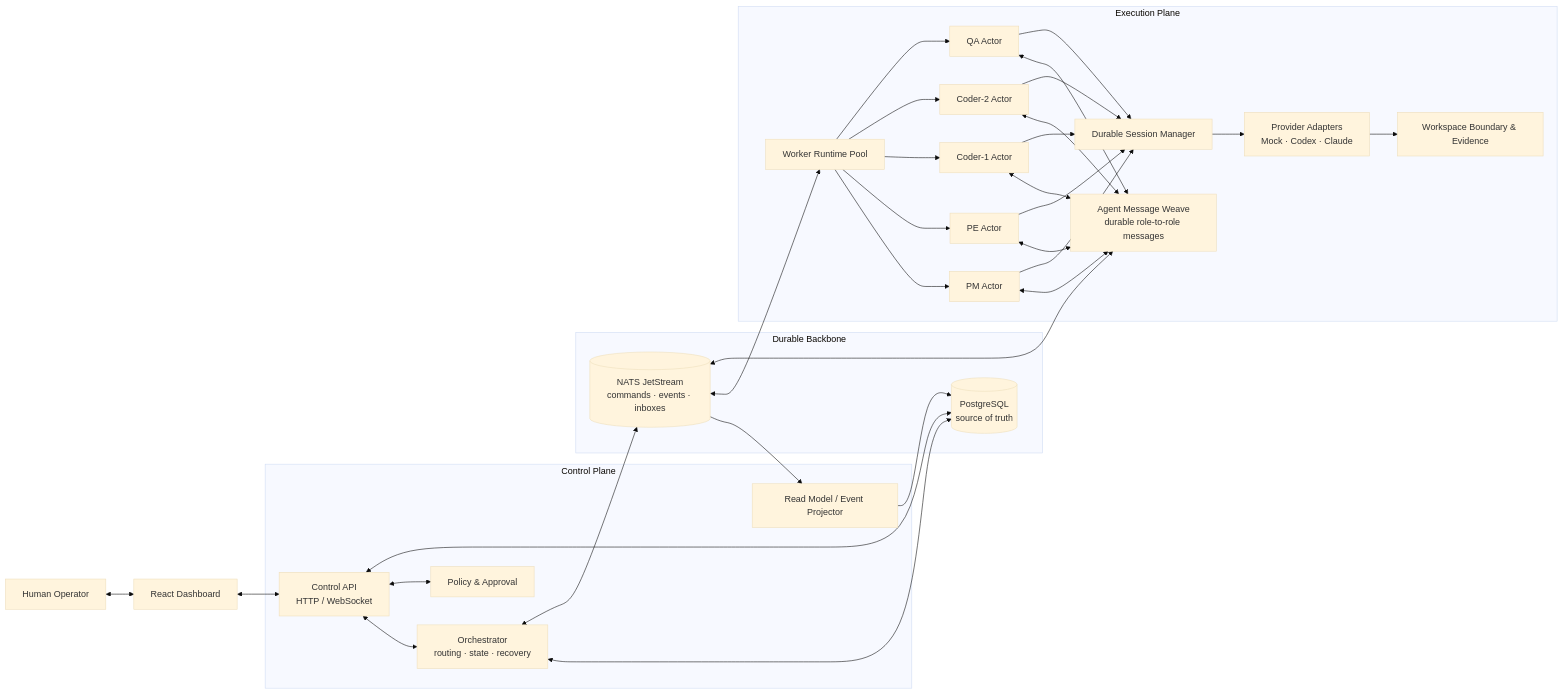
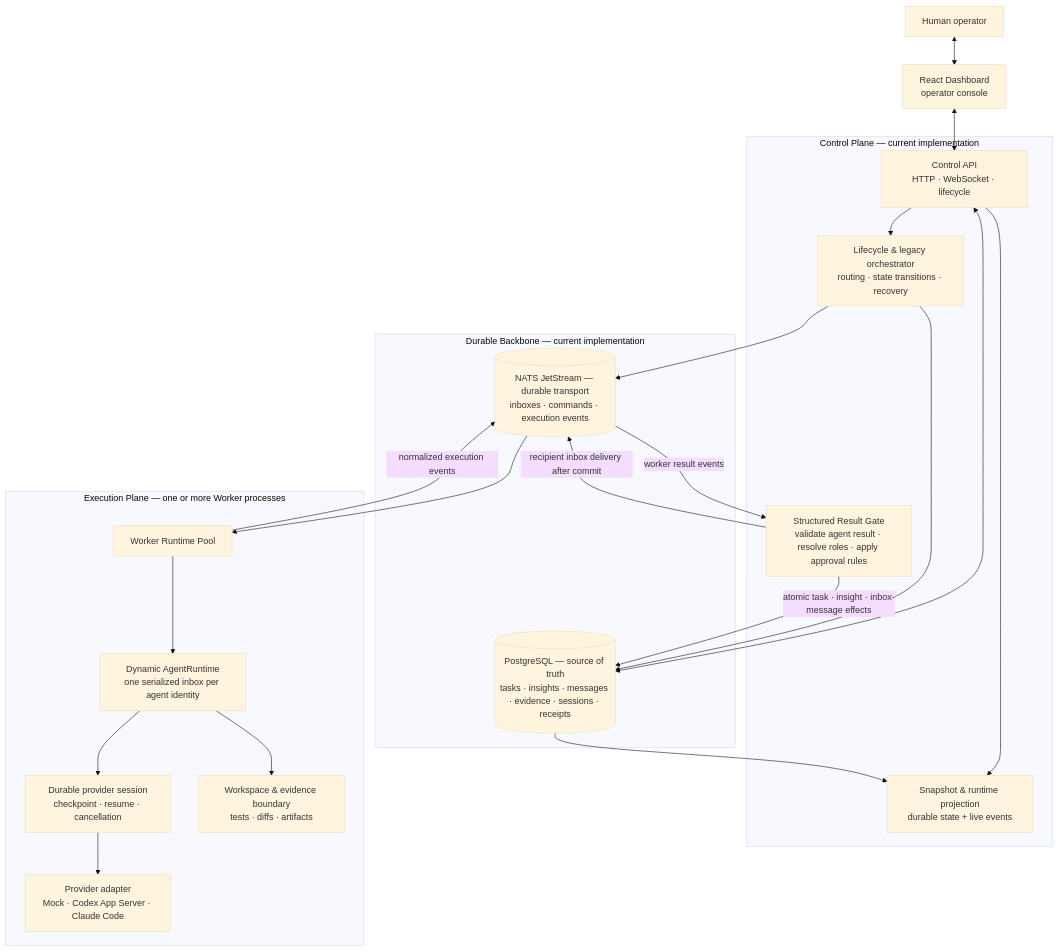
The first of 2 diagrams in README.md (bayshanhai-dev/agentweave), drawn with Mermaid (base theme) before and after one commit. The commit also changed other lines of this file and 4 other files, not shown here.

Commit message:
docs: distinguish current and planned architecture

````diff
--- a/README.md
+++ b/README.md
@@ -61,55 +66,39 @@
 ```mermaid
-flowchart LR
-    Human[Human Operator] <--> Dashboard[React Dashboard]
+flowchart TB
+    Human[Human operator] <--> Dashboard[React Dashboard<br/>operator console]
 
-    subgraph Control[Control Plane]
-        API[Control API<br/>HTTP / WebSocket]
-        Orch[Orchestrator<br/>routing · state · recovery]
-        Policy[Policy & Approval]
-        Projector[Read Model / Event Projector]
+    subgraph Control[Control Plane — current implementation]
+        API[Control API<br/>HTTP · WebSocket · lifecycle]
+        Orch[Lifecycle & legacy orchestrator<br/>routing · state transitions · recovery]
+        Gate[Structured Result Gate<br/>validate agent result · resolve roles · apply approval rules]
+        Projection[Snapshot & runtime projection<br/>durable state + live events]
     end
 
-    subgraph Durable[Durable Backbone]
-        DB[(PostgreSQL<br/>source of truth)]
-        NATS[(NATS JetStream<br/>commands · events · inboxes)]
+    subgraph Durable[Durable Backbone — current implementation]
+        DB[(PostgreSQL — source of truth<br/>tasks · insights · messages · evidence · sessions · receipts)]
+        NATS[(NATS JetStream — durable transport<br/>inboxes · commands · execution events)]
     end
 
-    subgraph Runtime[Execution Plane]
+    subgraph Runtime[Execution Plane — one or more Worker processes]
         Worker[Worker Runtime Pool]
-        Session[Durable Session Manager]
-        Adapter[Provider Adapters<br/>Mock · Codex · Claude]
-        Workspace[Workspace Boundary & Evidence]
-        PMActor[PM Actor]
-        PEActor[PE Actor]
-        Coder1Actor[Coder-1 Actor]
-        Coder2Actor[Coder-2 Actor]
-        QAActor[QA Actor]
-        Weave[Agent Message Weave<br/>durable role-to-role messages]
-        Worker --> PMActor
-        Worker --> PEActor
-        Worker --> Coder1Actor
-        Worker --> Coder2Actor
-        Worker --> QAActor
-        PMActor <--> Weave
-        PEActor <--> Weave
-        Coder1Actor <--> Weave
-        Coder2Actor <--> Weave
-        QAActor <--> Weave
-        PMActor --> Session
-        PEActor --> Session
-        Coder1Actor --> Session
-        Coder2Actor --> Session
-        QAActor --> Session
-        Session --> Adapter --> Workspace
+        Actor[Dynamic AgentRuntime<br/>one serialized inbox per agent identity]
+        Session[Durable provider session<br/>checkpoint · resume · cancellation]
+        Adapter[Provider adapter<br/>Mock · Codex App Server · Claude Code]
+        Workspace[Workspace & evidence boundary<br/>tests · diffs · artifacts]
+        Worker --> Actor --> Session --> Adapter
+        Actor --> Workspace
     end
 
     Dashboard <--> API
-    API <--> Orch
-    API <--> Policy
+    API --> Orch
+    API --> Projection
     API <--> DB
-    Orch <--> DB
-    Orch <--> NATS
-    NATS --> Projector --> DB
-    NATS <--> Worker
-    Weave <--> NATS
+    Orch --> DB
+    Orch --> NATS
+    NATS -->|worker result events| Gate
+    Gate -->|atomic task · insight · inbox-message effects| DB
+    Gate -->|recipient inbox delivery after commit| NATS
+    NATS --> Worker
+    Worker -->|normalized execution events| NATS
+    DB --> Projection
 ```
````
